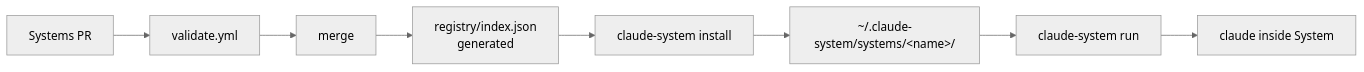
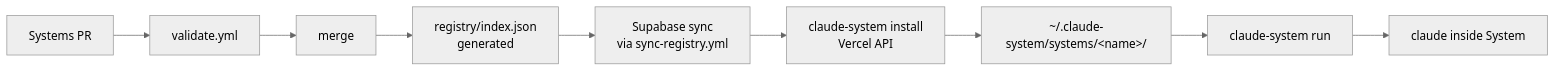
The diagram in README.md (hariomlohardev/claude-system), drawn with Mermaid (neutral theme) before and after one commit. The commit also changed other lines of this file and 20 other files, not shown here.

````diff
--- a/README.md
+++ b/README.md
@@ -63,10 +63,11 @@
 ```mermaid
 flowchart LR
     A[Systems PR] --> B[validate.yml]
     B --> C[merge]
     C --> D[registry/index.json<br>generated]
-    D --> E[claude-system install]
-    E --> F[~/.claude-system/systems/&lt;name&gt;/]
-    F --> G[claude-system run]
-    G --> H[claude inside System]
+    D --> E[Supabase sync<br>via sync-registry.yml]
+    E --> F[claude-system install<br>Vercel API]
+    F --> G[~/.claude-system/systems/&lt;name&gt;/]
+    G --> H[claude-system run]
+    H --> I[claude inside System]
 ```
````
